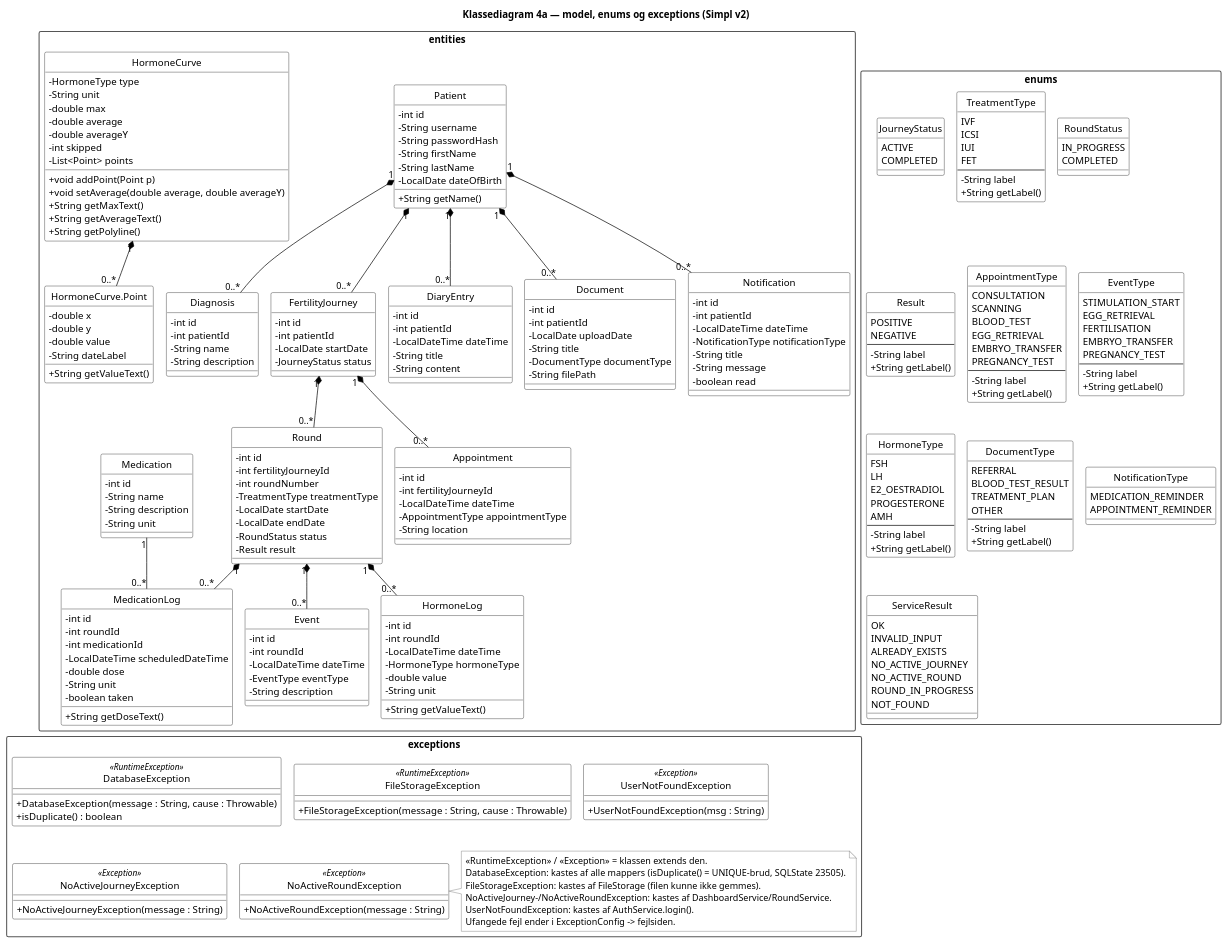
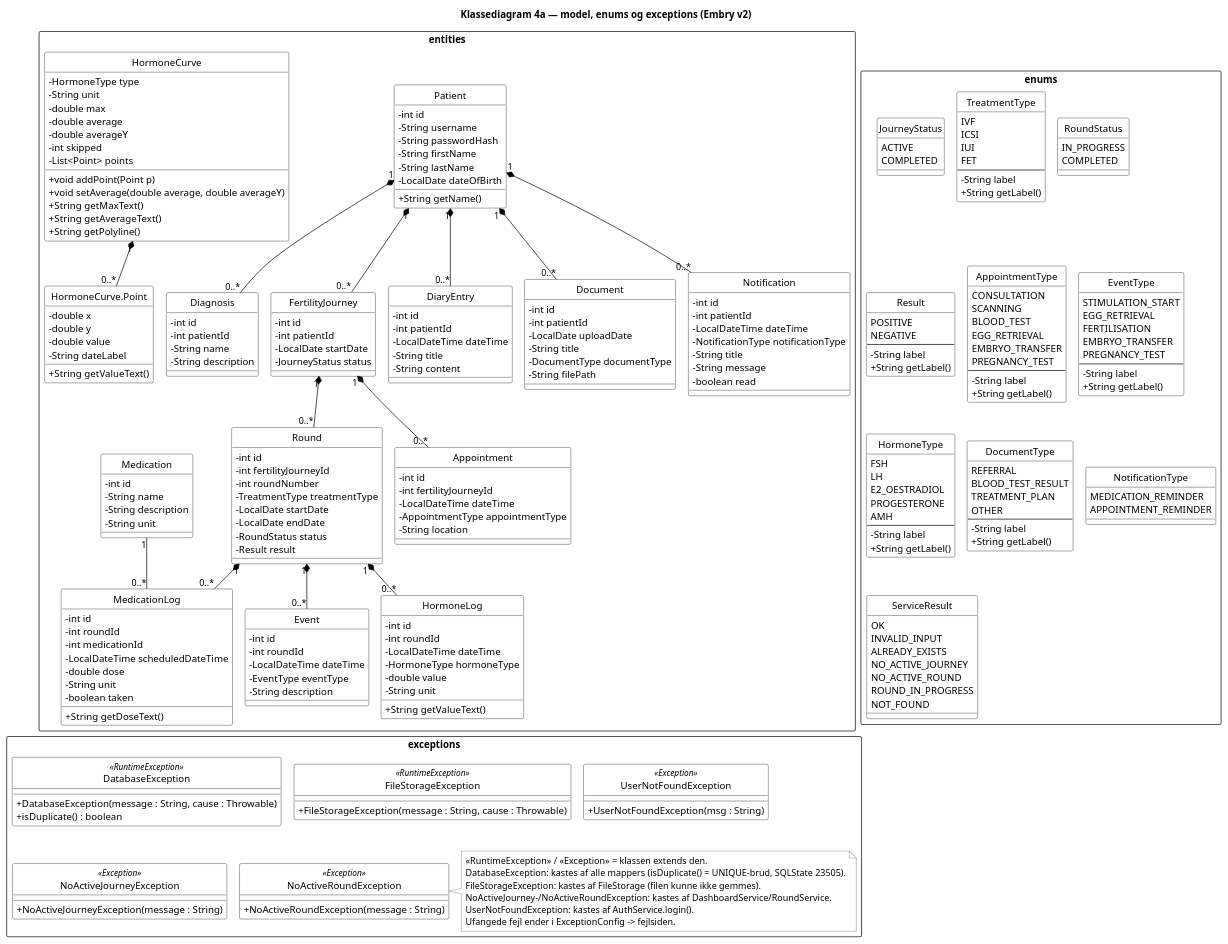
One commit to BesimaP/Simpl-PET-project changed the diagram in doc/static/Klassediagram4a.puml. Above: the diagram before and after it, drawn with PlantUML. The commit also changed 44 other files, not shown here.

First line of the commit message:
Omdøb Simpl til Embry

```diff
--- a/doc/static/Klassediagram4a.puml
+++ b/doc/static/Klassediagram4a.puml
@@ -16,7 +16,7 @@
 skinparam enumBorderColor black
 hide circle
 
-title Klassediagram 4a — model, enums og exceptions (Simpl v2)
+title Klassediagram 4a — model, enums og exceptions (Embry v2)
 
 ' Gettere/settere og setId() er udeladt for læsbarhed.
 ' Kun metoder med egen logik vises (getDoseText, getValueText, addPoint, getPolyline …).
```
